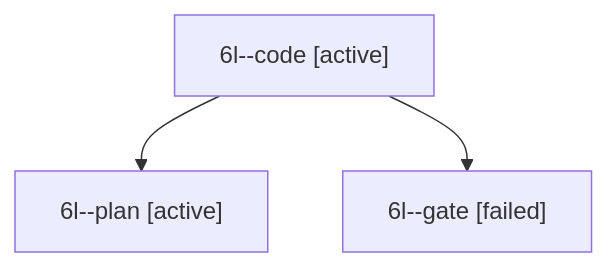
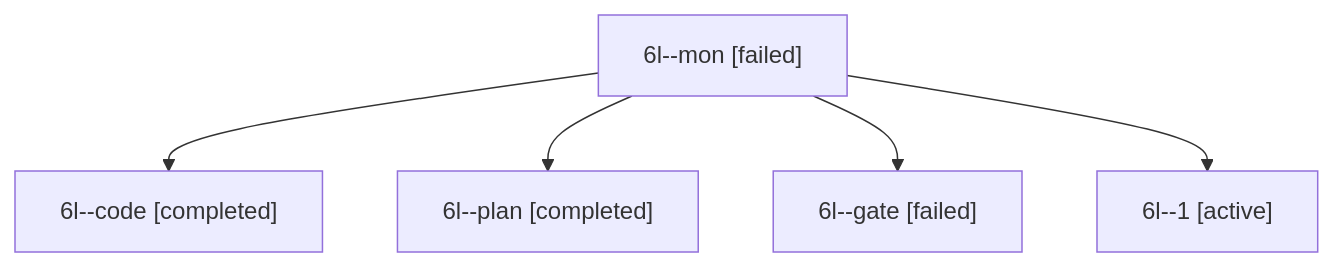
Before and after one commit to bobs-org/bob-cli--agents: the diagram in sessions/bbugyi200.apollo.6l.md, drawn with Mermaid. The commit also changed other lines of this file and 25 other files, not shown here.

````diff
--- a/sessions/bbugyi200.apollo.6l.md
+++ b/sessions/bbugyi200.apollo.6l.md
@@ -9,8 +9,12 @@
 ```mermaid
 flowchart TD
-  n0["6l--code [active]"]
-  n1["6l--plan [active]"]
+  n0["6l--mon [failed]"]
+  n1["6l--code [completed]"]
   n0 --> n1
-  n2["6l--gate [failed]"]
+  n2["6l--plan [completed]"]
   n0 --> n2
+  n3["6l--gate [failed]"]
+  n0 --> n3
+  n4["6l--1 [active]"]
+  n0 --> n4
 ```
````
